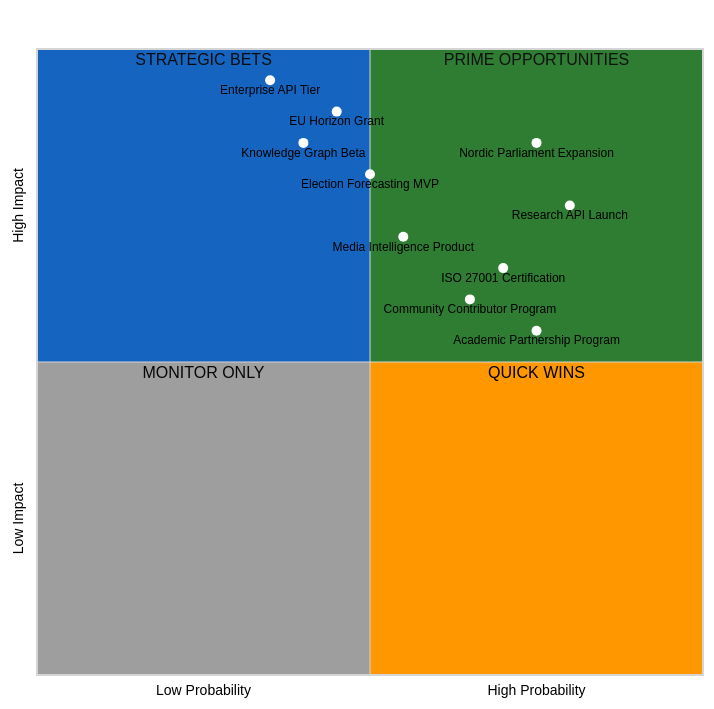
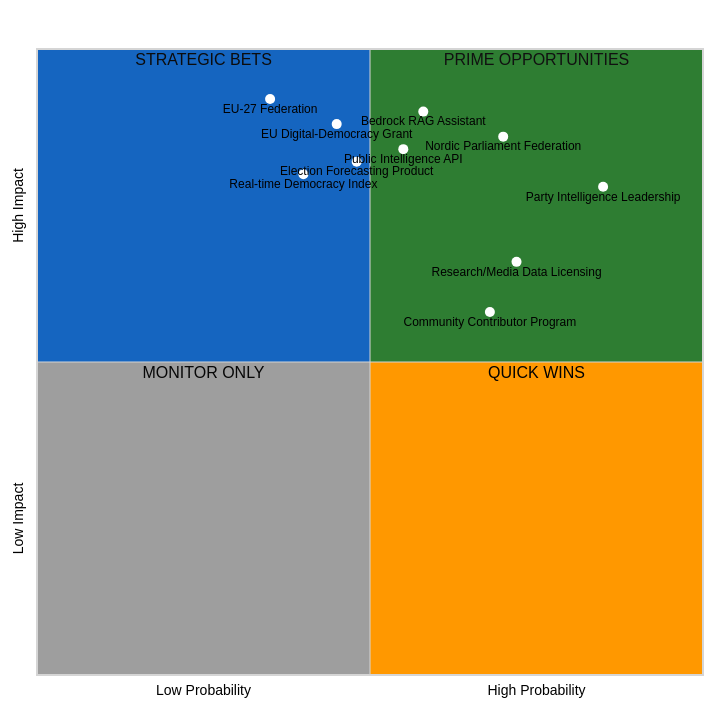
The seventh of 9 diagrams in FUTURE_SWOT.md (Hack23/riksdagsmonitor), drawn with Mermaid before and after one commit. The commit also changed other lines of this file and 5 other files, not shown here.

Commit message:
Rewrite FUTURE_DATA_MODEL.md as three-horizon data architecture (v3.0)

````diff
--- a/FUTURE_SWOT.md
+++ b/FUTURE_SWOT.md
@@ -702,44 +671,44 @@
 ```mermaid
 %%{init: {
   "theme": "neutral",
   "themeVariables": {
     "quadrant1Fill": "#2E7D32",
     "quadrant2Fill": "#1565C0",
     "quadrant3Fill": "#9E9E9E",
     "quadrant4Fill": "#FF9800",
     "quadrantTitleFill": "#ffffff",
     "quadrantPointFill": "#ffffff",
     "quadrantPointTextFill": "#000000",
     "quadrantXAxisTextFill": "#000000",
     "quadrantYAxisTextFill": "#000000"
   },
   "quadrantChart": {
     "chartWidth": 700,
     "chartHeight": 700,
     "pointLabelFontSize": 12,
     "titleFontSize": 20,
     "quadrantLabelFontSize": 16,
     "xAxisLabelFontSize": 14,
     "yAxisLabelFontSize": 14
   }
 }}%%
 quadrantChart
-    title Opportunity Portfolio Impact vs Probability 2026-2030
+    title Opportunity Portfolio Impact vs Probability 2026-2032
     x-axis Low Probability --> High Probability
     y-axis Low Impact --> High Impact
     quadrant-1 PRIME OPPORTUNITIES
     quadrant-2 STRATEGIC BETS
     quadrant-3 MONITOR ONLY
     quadrant-4 QUICK WINS
 
-    "Research API Launch": [0.80, 0.75]
-    "Nordic Parliament Expansion": [0.75, 0.85]
-    "EU Horizon Grant": [0.45, 0.90]
-    "Media Intelligence Product": [0.55, 0.70]
-    "ISO 27001 Certification": [0.70, 0.65]
-    "Community Contributor Program": [0.65, 0.60]
-    "Election Forecasting MVP": [0.50, 0.80]
-    "Enterprise API Tier": [0.35, 0.95]
-    "Knowledge Graph Beta": [0.40, 0.85]
-    "Academic Partnership Program": [0.75, 0.55]
+    "Party Intelligence Leadership": [0.85, 0.78]
+    "Research/Media Data Licensing": [0.72, 0.66]
+    "EU Digital-Democracy Grant": [0.45, 0.88]
+    "Nordic Parliament Federation": [0.70, 0.86]
+    "Bedrock RAG Assistant": [0.58, 0.90]
+    "Public Intelligence API": [0.55, 0.84]
+    "Election Forecasting Product": [0.48, 0.82]
+    "EU-27 Federation": [0.35, 0.92]
+    "Real-time Democracy Index": [0.40, 0.80]
+    "Community Contributor Program": [0.68, 0.58]
 ```
````
